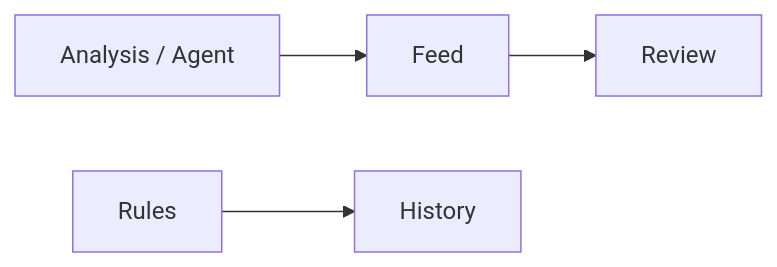
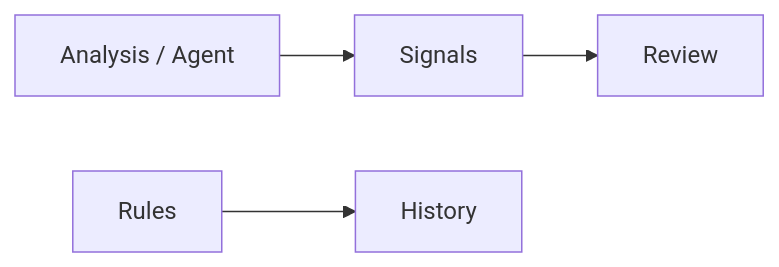
Before and after one commit to SiinXu/stock-pulse-ai: the diagram in docs/ui-manual/06-signals_EN.md, drawn with Mermaid. The commit also changed other lines of this file and 195 other files, not shown here.

````diff
--- a/docs/ui-manual/06-signals_EN.md
+++ b/docs/ui-manual/06-signals_EN.md
@@ -47,6 +48,6 @@
 ```mermaid
 flowchart LR
-  Reports[Analysis / Agent] --> Feed
+  Reports[Analysis / Agent] --> Signals
   Rules --> History
-  Feed --> Review
+  Signals --> Review
 ```
````
